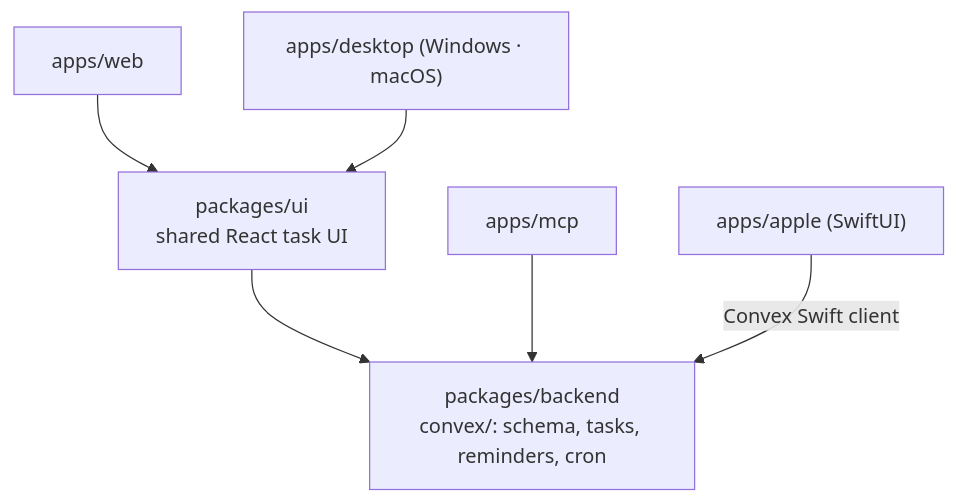
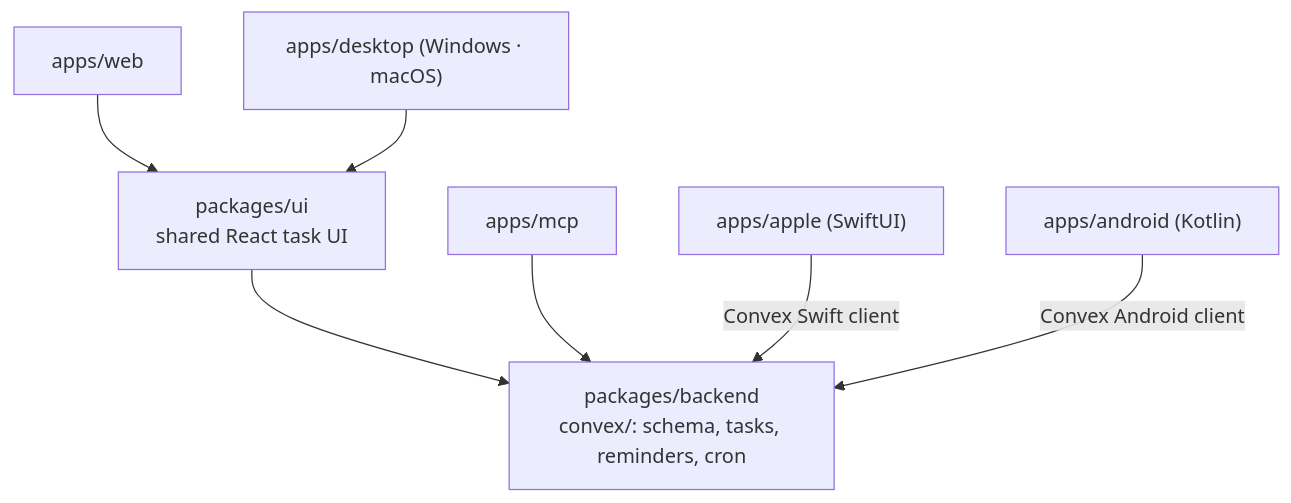
Before and after one commit to labdm/manager: the second of 2 diagrams in docs/architecture.md, drawn with Mermaid. The commit also changed other lines of this file and 44 other files, not shown here.

First line of the commit message:
feat: add native Android client and release job

````diff
--- a/docs/architecture.md
+++ b/docs/architecture.md
@@ -41,10 +43,11 @@
 ```mermaid
 flowchart TB
   BACKEND["packages/backend<br/>convex/: schema, tasks, reminders, cron"]
   UI["packages/ui<br/>shared React task UI"]
   WEB["apps/web"] --> UI
   DESK["apps/desktop (Windows · macOS)"] --> UI
   UI --> BACKEND
   MCPAPP["apps/mcp"] --> BACKEND
   APPLE["apps/apple (SwiftUI)"] -- "Convex Swift client" --> BACKEND
+  ANDROID["apps/android (Kotlin)"] -- "Convex Android client" --> BACKEND
 ```
````
